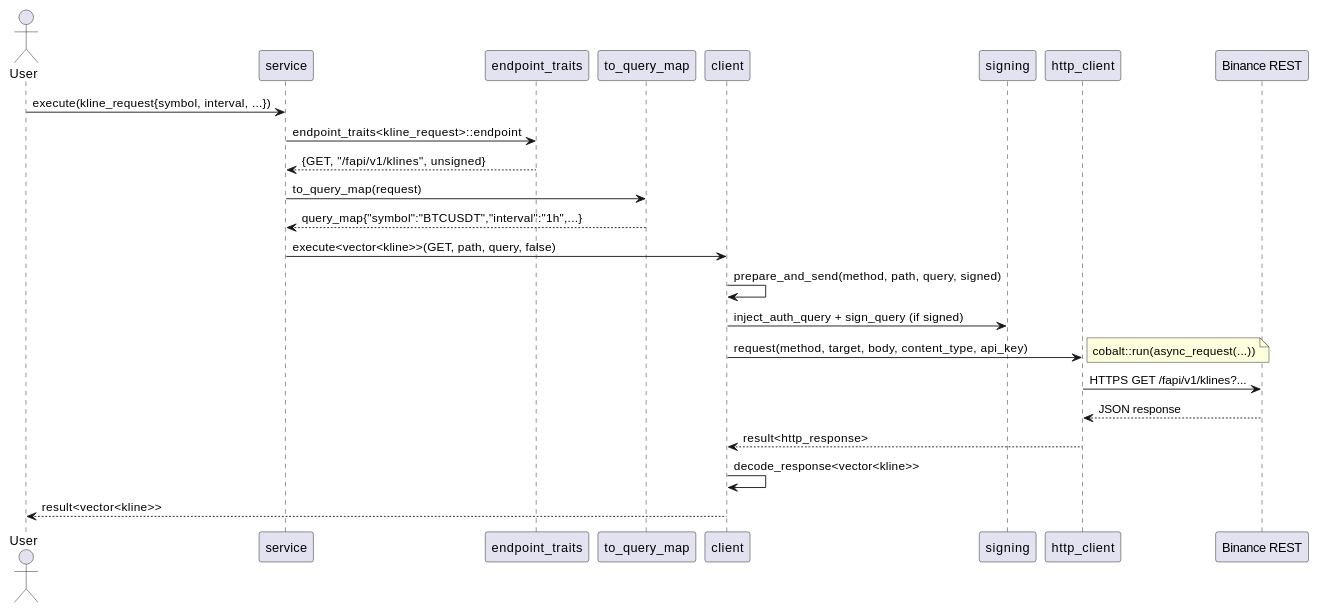
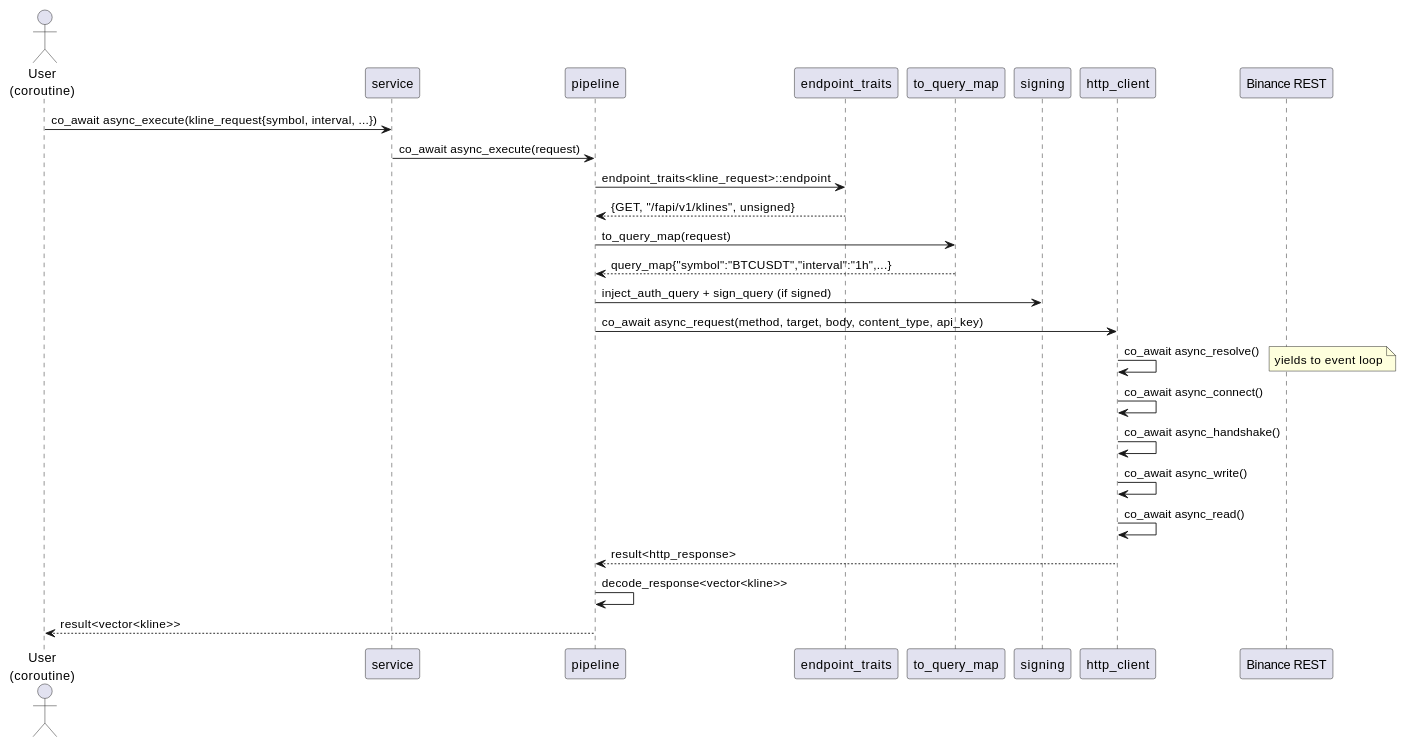
One commit to agutikov/binapi changed the fifth of 9 diagrams in docs/binapi2/DESIGN.md. Above: the diagram before and after it, drawn with PlantUML. The commit also changed other lines of this file and 7 other files, not shown here.

````diff
--- a/docs/binapi2/DESIGN.md
+++ b/docs/binapi2/DESIGN.md
@@ -268,28 +316,32 @@
 ```plantuml
 @startuml
-actor User
+actor "User\n(coroutine)" as User
 participant "service" as SVC
+participant "pipeline" as PIP
 participant "endpoint_traits" as ET
 participant "to_query_map" as QM
-participant "client" as C
 participant "signing" as S
 participant "http_client" as H
 participant "Binance REST" as B
 
-User -> SVC: execute(kline_request{symbol, interval, ...})
-SVC -> ET: endpoint_traits<kline_request>::endpoint
-ET --> SVC: {GET, "/fapi/v1/klines", unsigned}
-SVC -> QM: to_query_map(request)
-QM --> SVC: query_map{"symbol":"BTCUSDT","interval":"1h",...}
-SVC -> C: execute<vector<kline>>(GET, path, query, false)
-C -> C: prepare_and_send(method, path, query, signed)
-C -> S: inject_auth_query + sign_query (if signed)
-C -> H: request(method, target, body, content_type, api_key)
-note right: cobalt::run(async_request(...))
-H -> B: HTTPS GET /fapi/v1/klines?...
-B --> H: JSON response
-H --> C: result<http_response>
-C -> C: decode_response<vector<kline>>
-C --> User: result<vector<kline>>
+User -> SVC: co_await async_execute(kline_request{symbol, interval, ...})
+SVC -> PIP: co_await async_execute(request)
+PIP -> ET: endpoint_traits<kline_request>::endpoint
+ET --> PIP: {GET, "/fapi/v1/klines", unsigned}
+PIP -> QM: to_query_map(request)
+QM --> PIP: query_map{"symbol":"BTCUSDT","interval":"1h",...}
+PIP -> S: inject_auth_query + sign_query (if signed)
+PIP -> H: co_await async_request(method, target, body, content_type, api_key)
+
+H -> H: co_await async_resolve()
+note right: yields to event loop
+H -> H: co_await async_connect()
+H -> H: co_await async_handshake()
+H -> H: co_await async_write()
+H -> H: co_await async_read()
+
+H --> PIP: result<http_response>
+PIP -> PIP: decode_response<vector<kline>>
+PIP --> User: result<vector<kline>>
 @enduml
 ```
````
